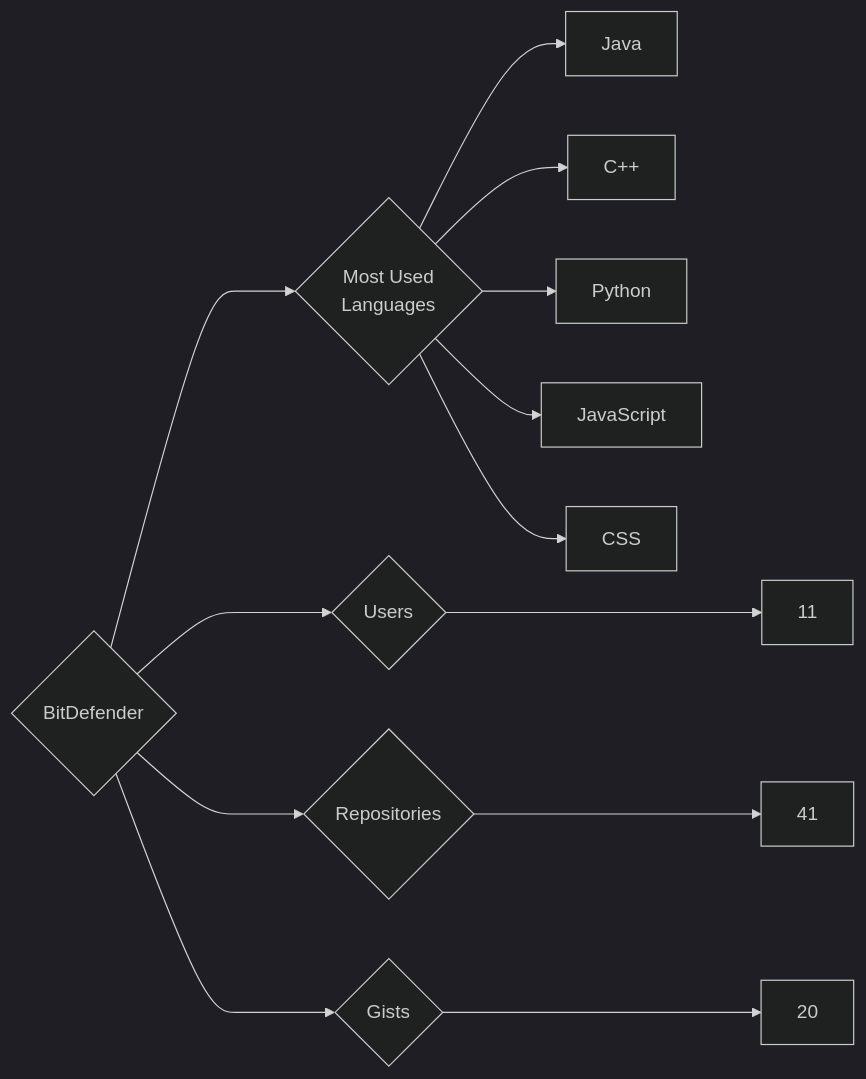
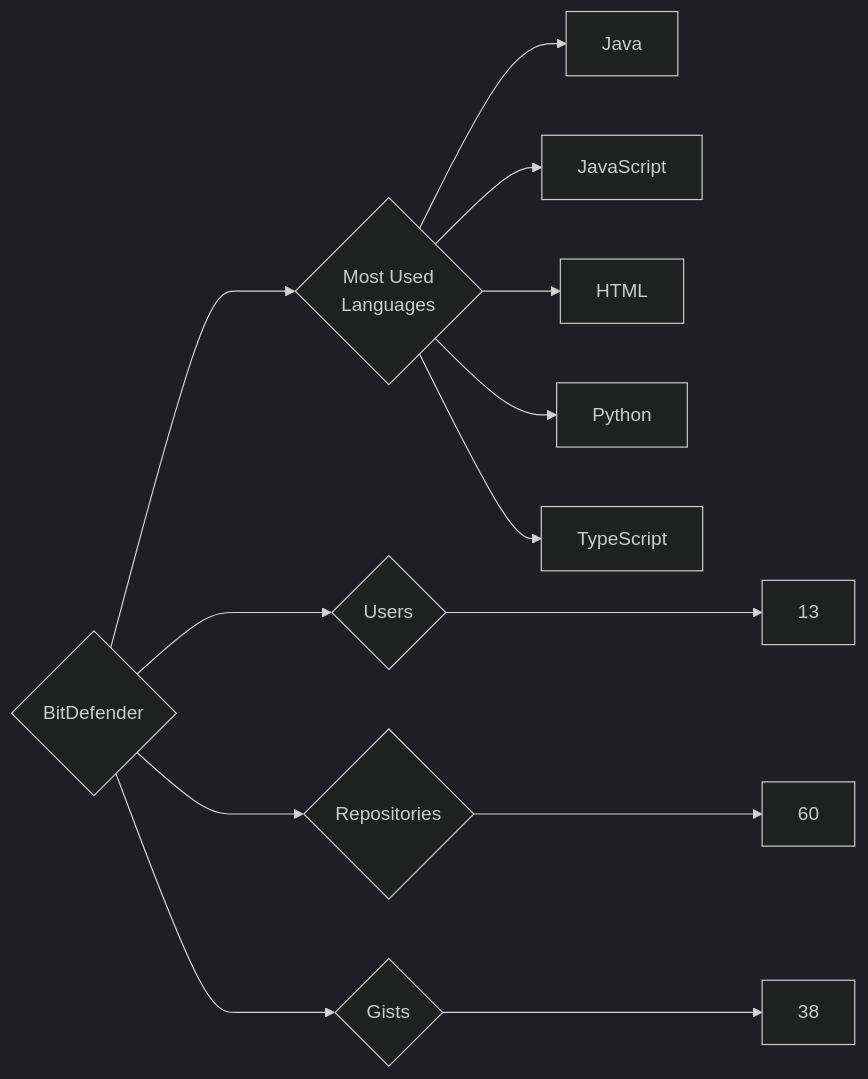
Before and after one commit to trickest/insiders: the diagram in targets/BitDefender/README.md, drawn with Mermaid (dark theme). The commit also changed 775 other files, not shown here.

````diff
--- a/targets/BitDefender/README.md
+++ b/targets/BitDefender/README.md
@@ -3,13 +3,13 @@
 ```mermaid
 graph LR
 COMPANY_NAME{BitDefender}
-COMPANY_NAME ---> U{Users} ---> UN[11]
-COMPANY_NAME ---> R{Repositories} ---> RN[41]
-COMPANY_NAME ---> G{Gists} ---> GN[20]
+COMPANY_NAME ---> U{Users} ---> UN[13]
+COMPANY_NAME ---> R{Repositories} ---> RN[60]
+COMPANY_NAME ---> G{Gists} ---> GN[38]
 COMPANY_NAME ---> ML{Most Used<br>Languages}
 ML --> Java[Java]
-ML --> C++[C++]
+ML --> JavaScript[JavaScript]
+ML --> HTML[HTML]
 ML --> Python[Python]
-ML --> JavaScript[JavaScript]
-ML --> CSS[CSS]
+ML --> TypeScript[TypeScript]
 ```
````
